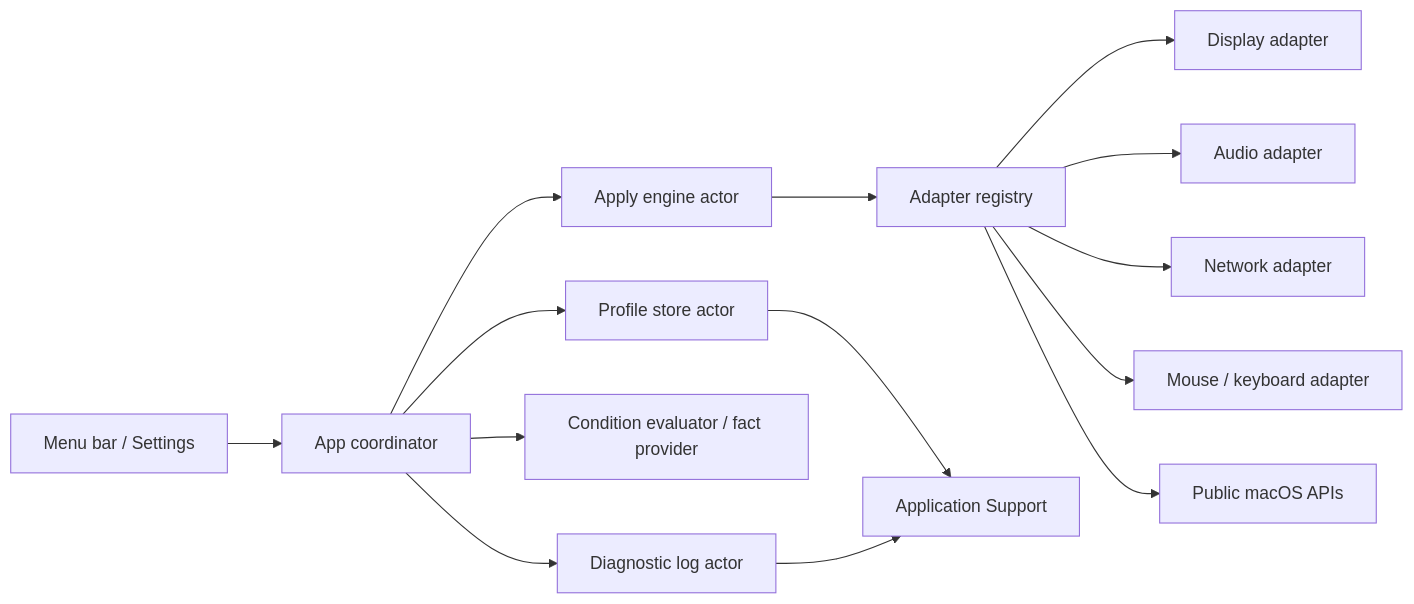
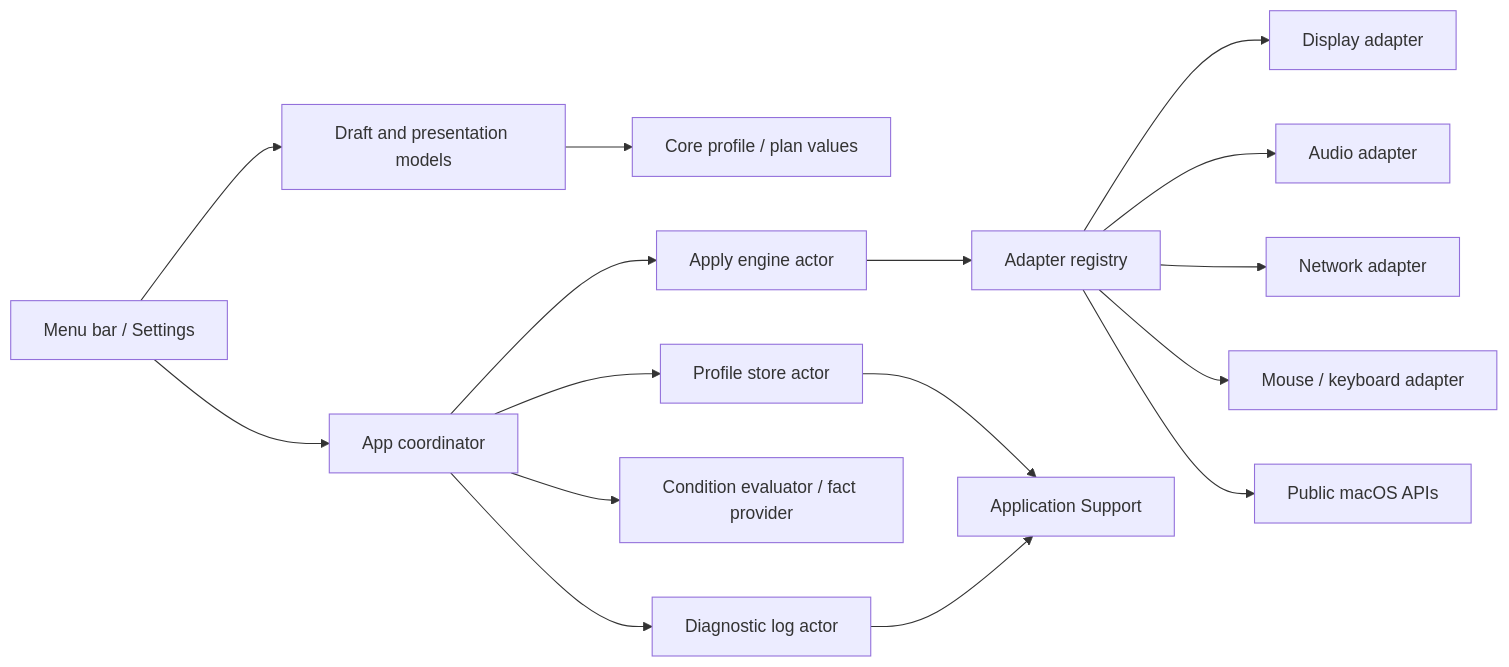
One commit to GGULBAE/desk-setup-switcher changed the first of 2 diagrams in docs/ARCHITECTURE.md. Above: the diagram before and after it, drawn with Mermaid. The commit also changed other lines of this file and 28 other files, not shown here.

````diff
--- a/docs/ARCHITECTURE.md
+++ b/docs/ARCHITECTURE.md
@@ -27,16 +31,18 @@
 ```mermaid
 flowchart LR
-    UI["Menu bar / Settings"] --> Coordinator["App coordinator"]
+    UI["Menu bar / Settings"] --> Presentation["Draft and presentation models"]
+    Presentation --> CoreValues["Core profile / plan values"]
+    UI --> Coordinator["App coordinator"]
     Coordinator --> Store["Profile store actor"]
     Coordinator --> Diagnostics["Diagnostic log actor"]
     Coordinator --> Conditions["Condition evaluator / fact provider"]
     Coordinator --> Engine["Apply engine actor"]
     Engine --> Registry["Adapter registry"]
     Registry --> Display["Display adapter"]
     Registry --> Audio["Audio adapter"]
     Registry --> Network["Network adapter"]
     Registry --> Input["Mouse / keyboard adapter"]
     Store --> AppSupport["Application Support"]
     Diagnostics --> AppSupport
     Registry --> macOS["Public macOS APIs"]
 ```
````
